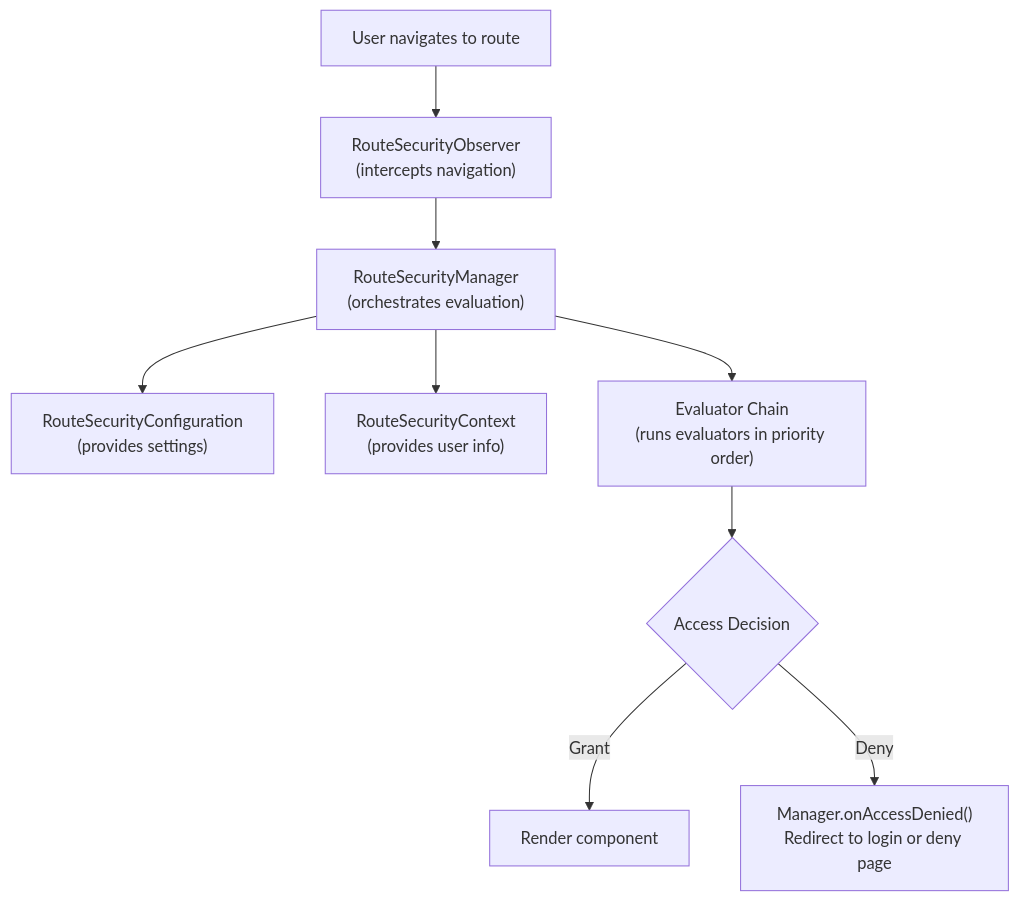
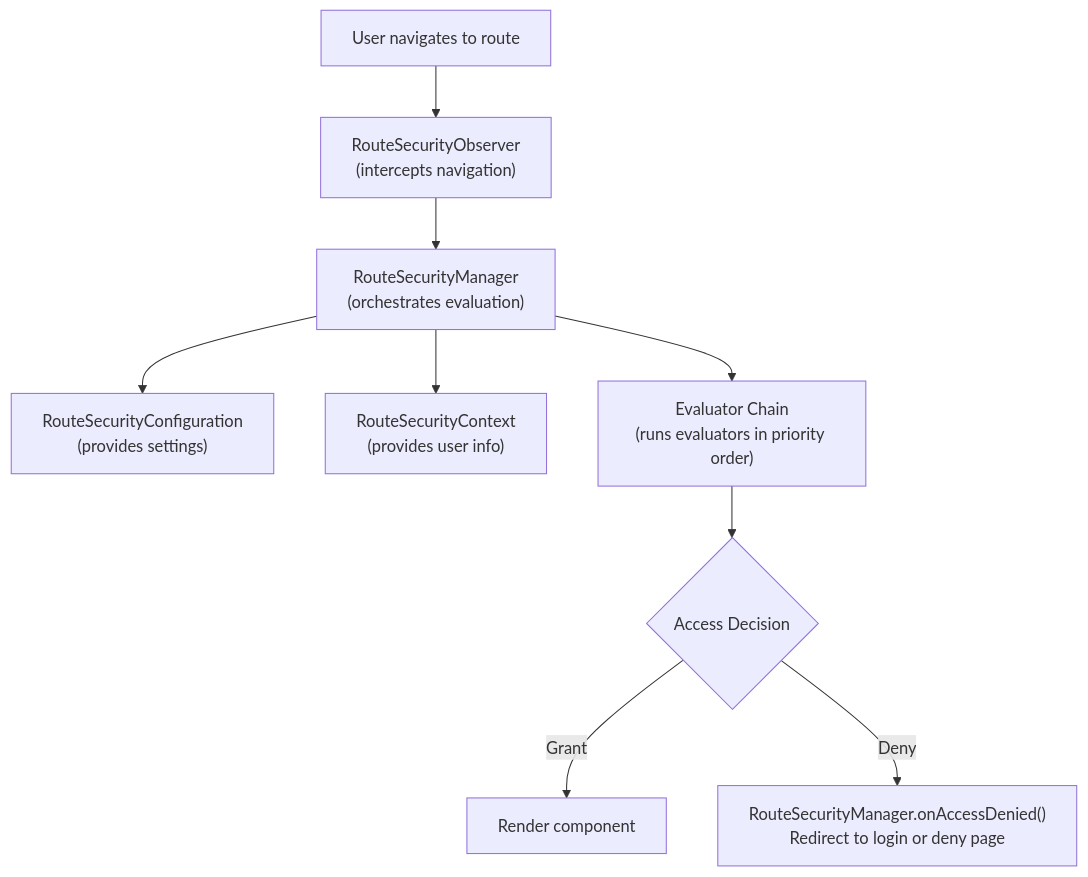
The diagram in docs/docs/security/architecture/foundational-architecture.md (webforj/webforj-documentation), drawn with Mermaid before and after one commit.

````diff
--- a/docs/docs/security/architecture/foundational-architecture.md
+++ b/docs/docs/security/architecture/foundational-architecture.md
@@ -113,13 +113,13 @@
 ```mermaid
 flowchart TB
     User["User navigates to route"] --> Observer["RouteSecurityObserver<br/>(intercepts navigation)"]
     Observer --> Manager["RouteSecurityManager<br/>(orchestrates evaluation)"]
 
     Manager --> Config["RouteSecurityConfiguration<br/>(provides settings)"]
     Manager --> Context["RouteSecurityContext<br/>(provides user info)"]
     Manager --> Chain["Evaluator Chain<br/>(runs evaluators in priority order)"]
 
     Chain --> Decision{"Access Decision"}
     Decision -->|"Grant"| Render["Render component"]
-    Decision -->|"Deny"| Redirect["Manager.onAccessDenied()<br/>Redirect to login or deny page"]
+    Decision -->|"Deny"| Redirect["RouteSecurityManager.onAccessDenied()<br/>Redirect to login or deny page"]
 ```
````
